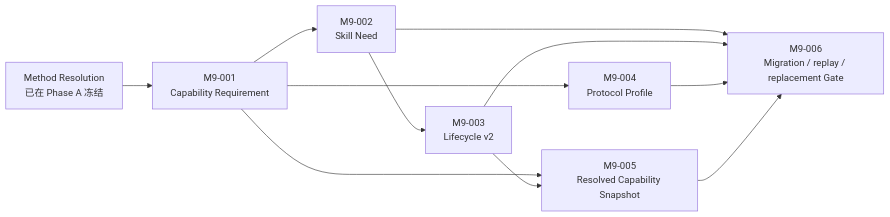
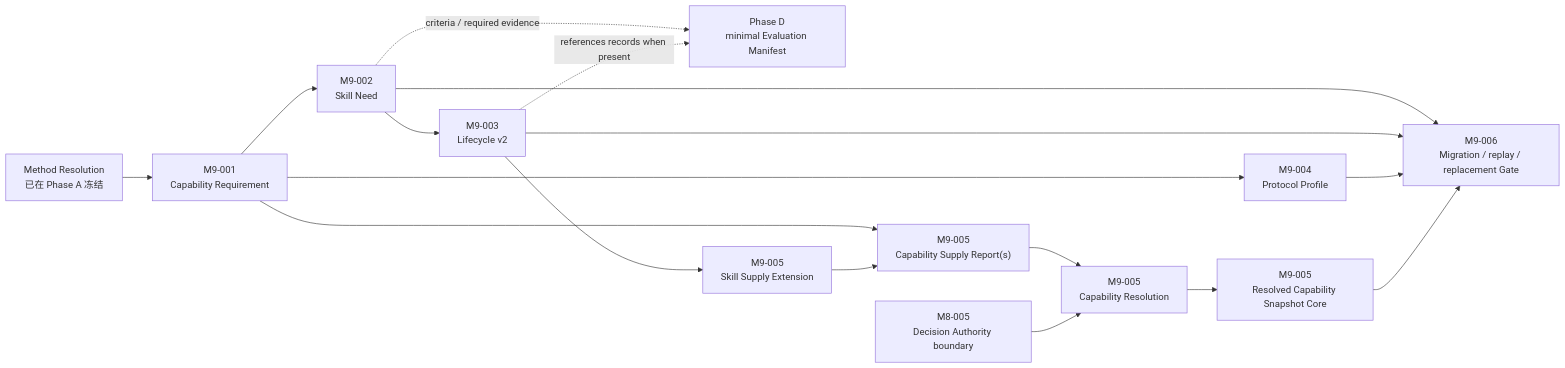
Before and after one commit to Chengyue-Lu/research-agent-workbench: the diagram in docs/workstreams/chengyue-lu/PHASE-B-EVOLUTION/README.md, drawn with Mermaid. The commit also changed other lines of this file and 6 other files, not shown here.

Commit message:
docs: realign phase B capability dependencies

````diff
--- a/docs/workstreams/chengyue-lu/PHASE-B-EVOLUTION/README.md
+++ b/docs/workstreams/chengyue-lu/PHASE-B-EVOLUTION/README.md
@@ -16,21 +16,32 @@
 ```mermaid
 flowchart LR
     MR["Method Resolution\n已在 Phase A 冻结"]
     CR["M9-001\nCapability Requirement"]
+    DA["M8-005\nDecision Authority boundary"]
     SN["M9-002\nSkill Need"]
     LC["M9-003\nLifecycle v2"]
+    EM["Phase D\nminimal Evaluation Manifest"]
     PP["M9-004\nProtocol Profile"]
-    CS["M9-005\nResolved Capability Snapshot"]
+    SR["M9-005\nCapability Supply Report(s)"]
+    RS["M9-005\nCapability Resolution"]
+    CS["M9-005\nResolved Capability Snapshot Core"]
+    SE["M9-005\nSkill Supply Extension"]
     G["M9-006\nMigration / replay / replacement Gate"]
 
     MR --> CR
     CR --> SN
     SN --> LC
+    SN -. "criteria / required evidence" .-> EM
+    LC -. "references records when present" .-> EM
     CR --> PP
-    CR --> CS
-    LC --> CS
+    CR --> SR
+    SR --> RS
+    DA --> RS
+    RS --> CS
+    LC --> SE
+    SE --> SR
     SN --> G
     LC --> G
     PP --> G
     CS --> G
 ```
````
